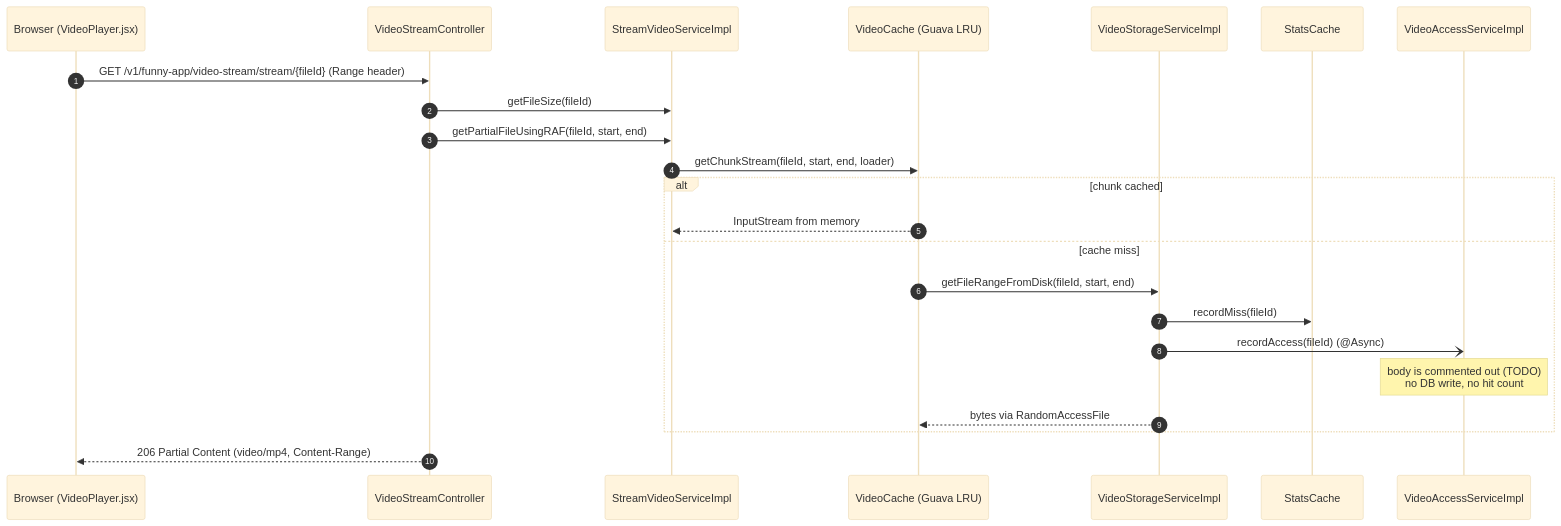
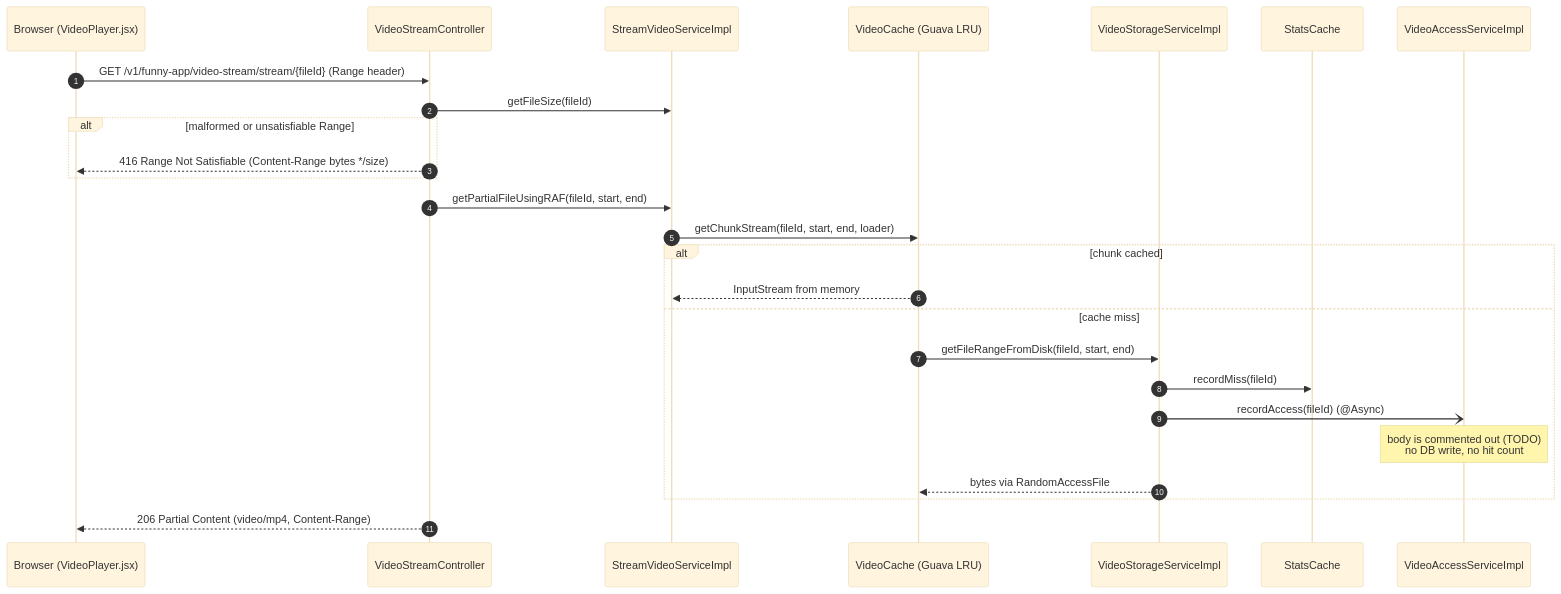
Before and after one commit to nguyenhuuca/assessment: the first of 4 diagrams in docs/sequence/sequence-hot-video-priority.md, drawn with Mermaid (base theme). The commit also changed other lines of this file and 16 other files, not shown here.

First line of the commit message:
docs(sequence): bring all sequence diagrams in line with the current code

````diff
--- a/docs/sequence/sequence-hot-video-priority.md
+++ b/docs/sequence/sequence-hot-video-priority.md
@@ -28,26 +28,29 @@
 ```mermaid
 sequenceDiagram
     autonumber
     participant FE as Browser (VideoPlayer.jsx)
     participant API as VideoStreamController
     participant S as StreamVideoServiceImpl
     participant C as VideoCache (Guava LRU)
     participant ST as VideoStorageServiceImpl
     participant SC as StatsCache
     participant VA as VideoAccessServiceImpl
 
     FE->>API: GET /v1/funny-app/video-stream/stream/{fileId} (Range header)
     API->>S: getFileSize(fileId)
+    alt malformed or unsatisfiable Range
+        API-->>FE: 416 Range Not Satisfiable (Content-Range bytes */size)
+    end
     API->>S: getPartialFileUsingRAF(fileId, start, end)
     S->>C: getChunkStream(fileId, start, end, loader)
     alt chunk cached
         C-->>S: InputStream from memory
     else cache miss
         C->>ST: getFileRangeFromDisk(fileId, start, end)
         ST->>SC: recordMiss(fileId)
         ST-)VA: recordAccess(fileId) (@Async)
         Note over VA: body is commented out (TODO)<br/>no DB write, no hit count
         ST-->>C: bytes via RandomAccessFile
     end
     API-->>FE: 206 Partial Content (video/mp4, Content-Range)
 ```
````
